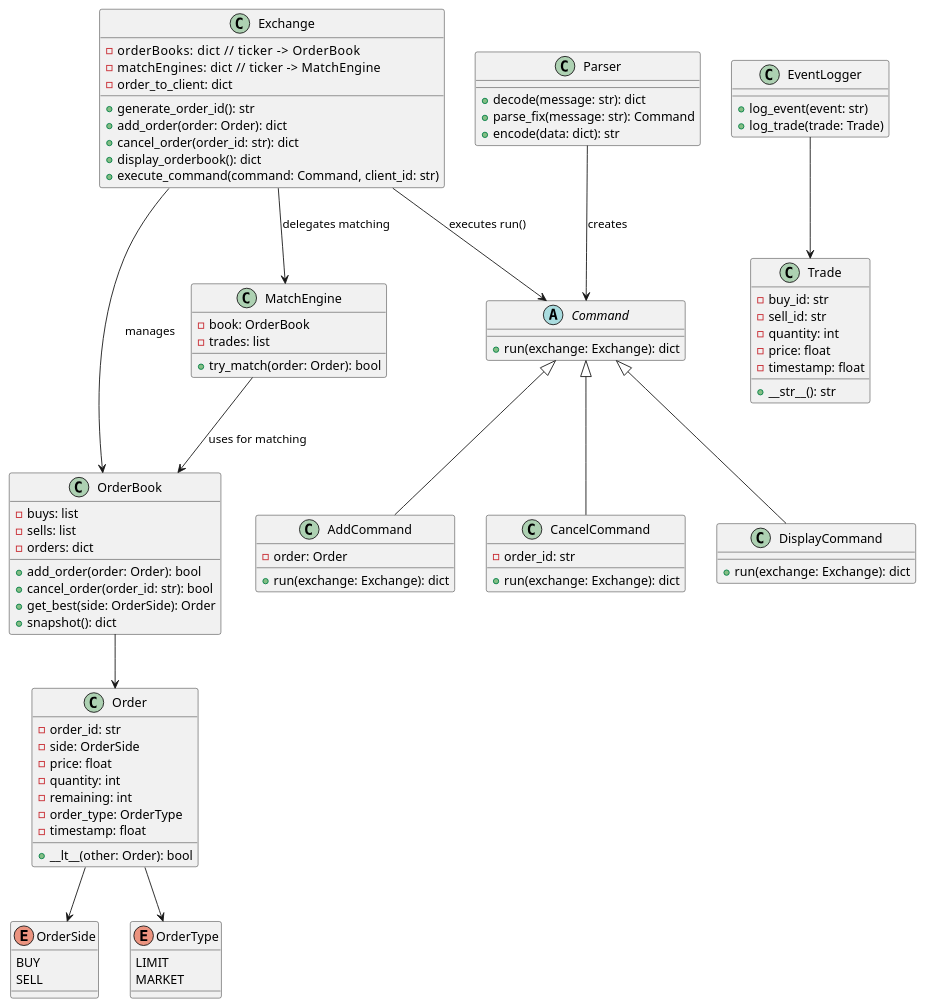
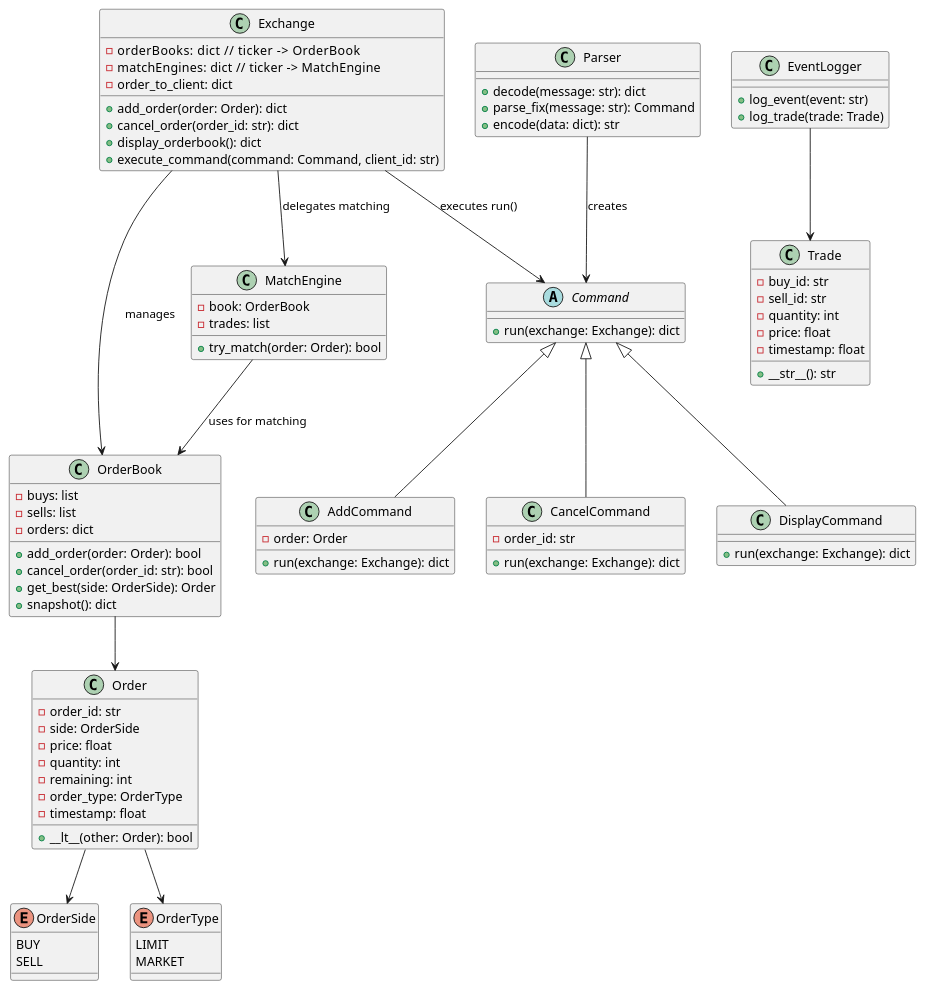
The diagram in docs/diagrams/ModelClassDiagram.puml (nanoXchange/nanoXchange-py), drawn with PlantUML before and after one commit. The commit also changed 45 other files, not shown here.

```diff
--- a/docs/diagrams/ModelClassDiagram.puml
+++ b/docs/diagrams/ModelClassDiagram.puml
@@ -1,103 +1,102 @@
 @startuml Order Book Class Diagram
 
 enum OrderSide {
   BUY
   SELL
 }
 
 enum OrderType {
   LIMIT
   MARKET
 }
 
 class Order {
   - order_id: str
   - side: OrderSide
   - price: float
   - quantity: int
   - remaining: int
   - order_type: OrderType
   - timestamp: float
   + __lt__(other: Order): bool
 }
 
 class Trade {
   - buy_id: str
   - sell_id: str
   - quantity: int
   - price: float
   - timestamp: float
   + __str__(): str
 }
 
 class OrderBook {
   - buys: list
   - sells: list
   - orders: dict
   + add_order(order: Order): bool
   + cancel_order(order_id: str): bool
   + get_best(side: OrderSide): Order
   + snapshot(): dict
 }
 
 class MatchEngine {
   - book: OrderBook
   - trades: list
   + try_match(order: Order): bool
 }
 
 class EventLogger {
   + log_event(event: str)
   + log_trade(trade: Trade)
 }
 
 class Exchange {
   - orderBooks: dict      // ticker -> OrderBook
   - matchEngines: dict    // ticker -> MatchEngine
   - order_to_client: dict
-  + generate_order_id(): str
   + add_order(order: Order): dict
   + cancel_order(order_id: str): dict
   + display_orderbook(): dict
   + execute_command(command: Command, client_id: str)
 }
 
 abstract class Command {
   + run(exchange: Exchange): dict
 }
 
 class AddCommand {
   - order: Order
   + run(exchange: Exchange): dict
 }
 
 class CancelCommand {
   - order_id: str
   + run(exchange: Exchange): dict
 }
 
 class DisplayCommand {
   + run(exchange: Exchange): dict
 }
 
 class Parser {
   + decode(message: str): dict
   + parse_fix(message: str): Command
   + encode(data: dict): str
 }
 
 Parser --> Command : "creates"
 Exchange --> Command : "executes run()"
 Command <|-- AddCommand
 Command <|-- CancelCommand
 Command <|-- DisplayCommand
 
 Exchange --> OrderBook : "manages"
 Exchange --> MatchEngine : "delegates matching"
 MatchEngine --> OrderBook : "uses for matching"
 EventLogger --> Trade
 OrderBook --> Order
 Order --> OrderSide
 Order --> OrderType
 
 @enduml
```
